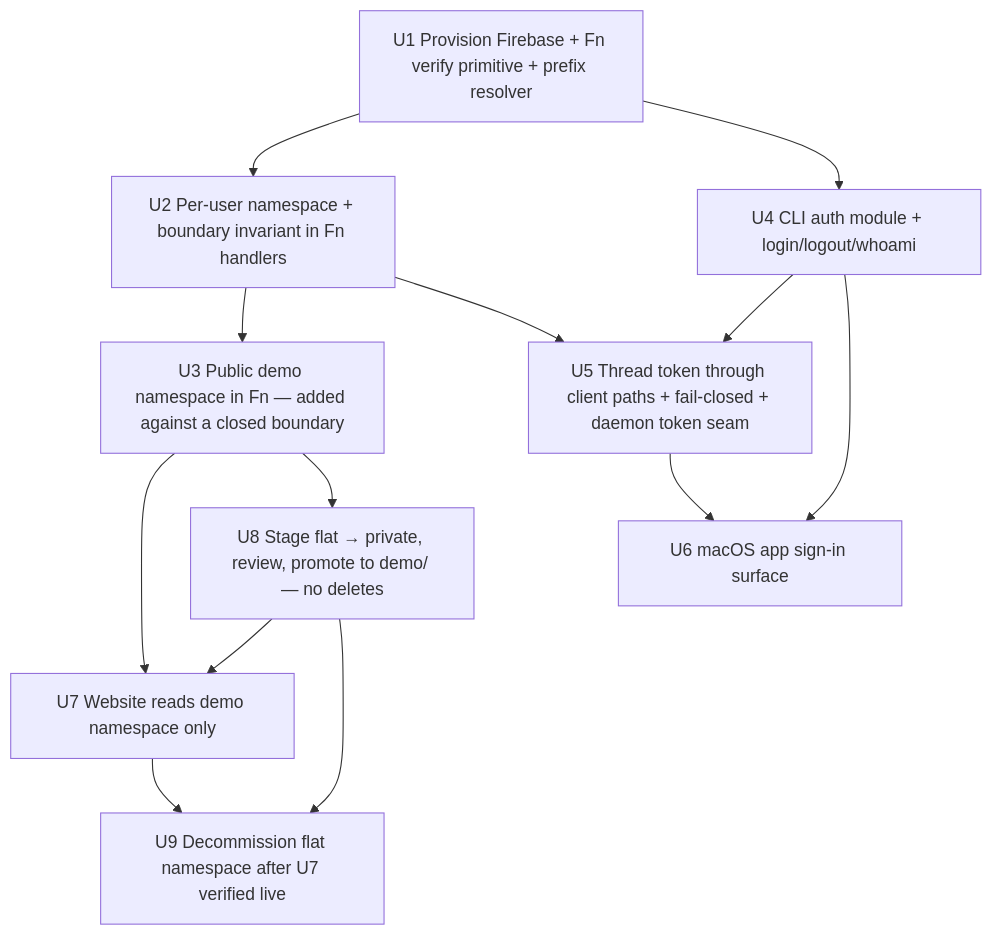
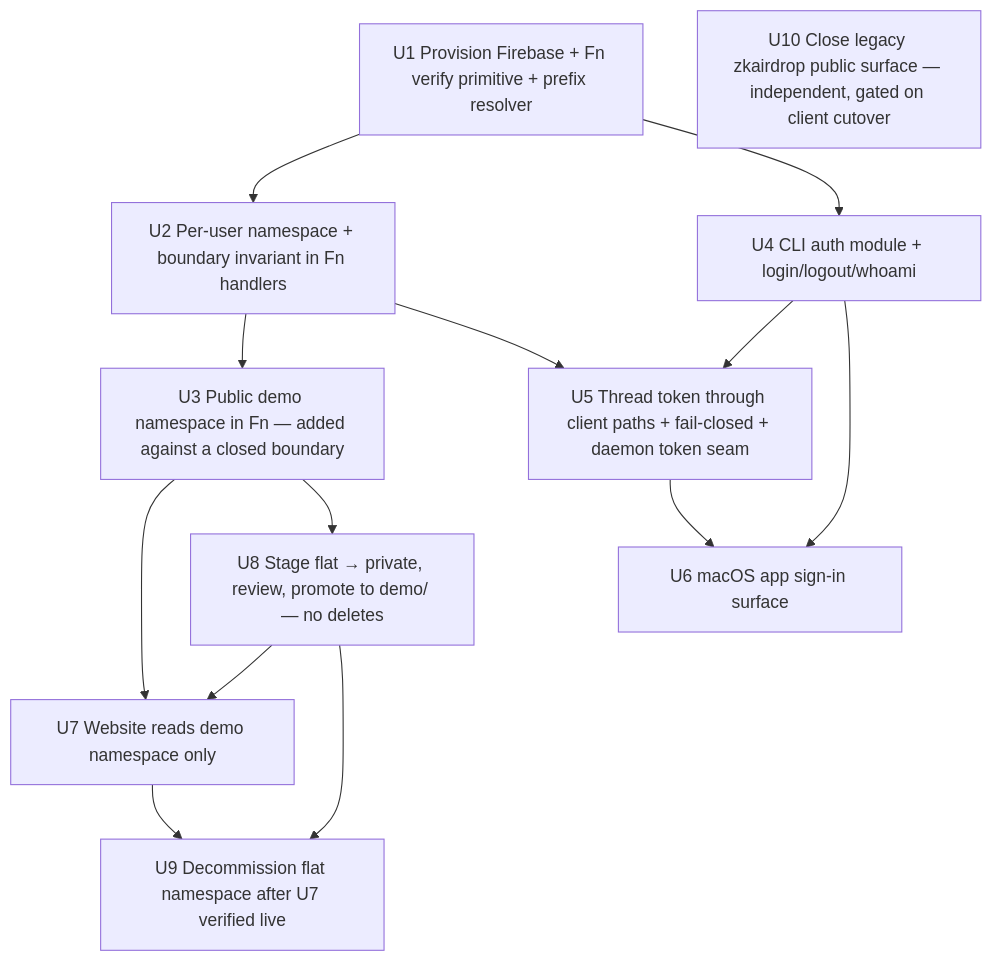
The second of 2 diagrams in docs/plans/2026-05-29-002-feat-per-user-cloud-storage-isolation-plan.md (eeshsaxena/screencap), drawn with Mermaid before and after one commit. The commit also changed other lines of this file, not shown here.

````diff
--- a/docs/plans/2026-05-29-002-feat-per-user-cloud-storage-isolation-plan.md
+++ b/docs/plans/2026-05-29-002-feat-per-user-cloud-storage-isolation-plan.md
@@ -172,15 +193,16 @@
 ```mermaid
 flowchart TD
     U1[U1 Provision Firebase + Fn verify primitive + prefix resolver] --> U2[U2 Per-user namespace + boundary invariant in Fn handlers]
     U1 --> U4[U4 CLI auth module + login/logout/whoami]
     U2 --> U3[U3 Public demo namespace in Fn — added against a closed boundary]
     U2 --> U5[U5 Thread token through client paths + fail-closed + daemon token seam]
     U4 --> U5
     U4 --> U6[U6 macOS app sign-in surface]
     U5 --> U6
     U3 --> U7[U7 Website reads demo namespace only]
     U3 --> U8[U8 Stage flat → private, review, promote to demo/ — no deletes]
     U8 --> U7
     U7 --> U9[U9 Decommission flat namespace after U7 verified live]
     U8 --> U9
+    U10[U10 Close legacy zkairdrop public surface — independent, gated on client cutover]
 ```
````
